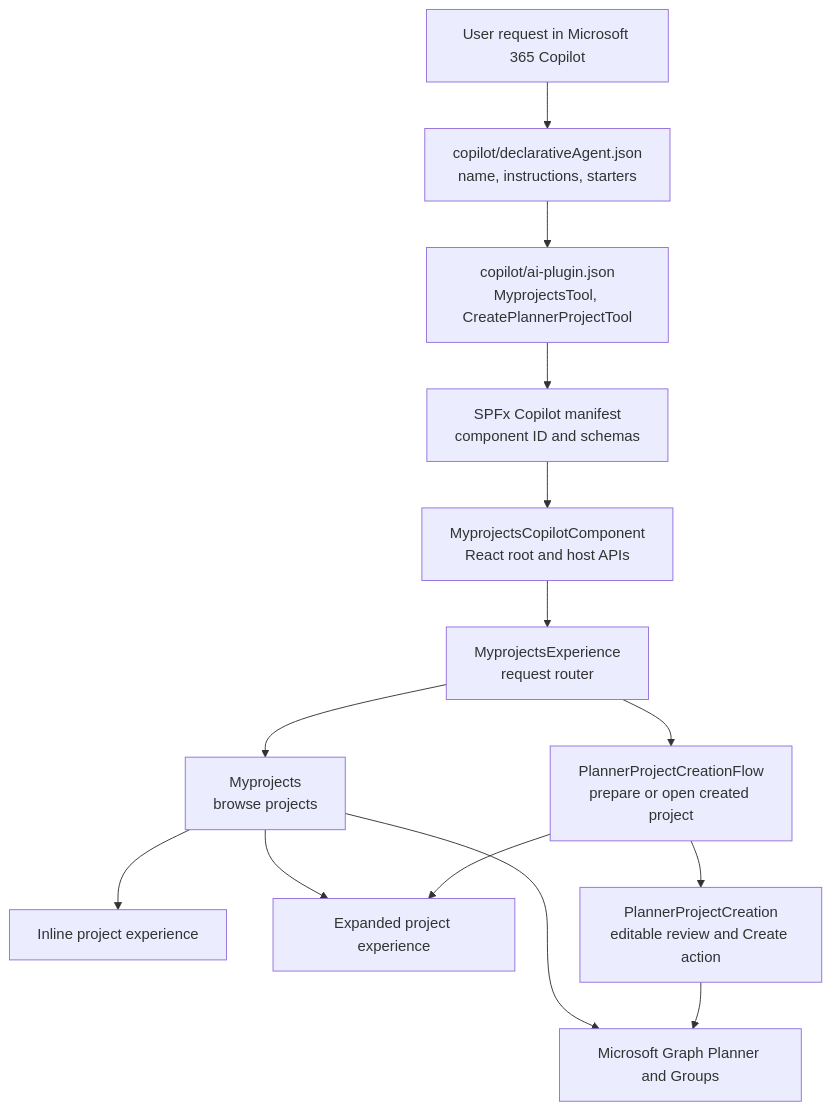
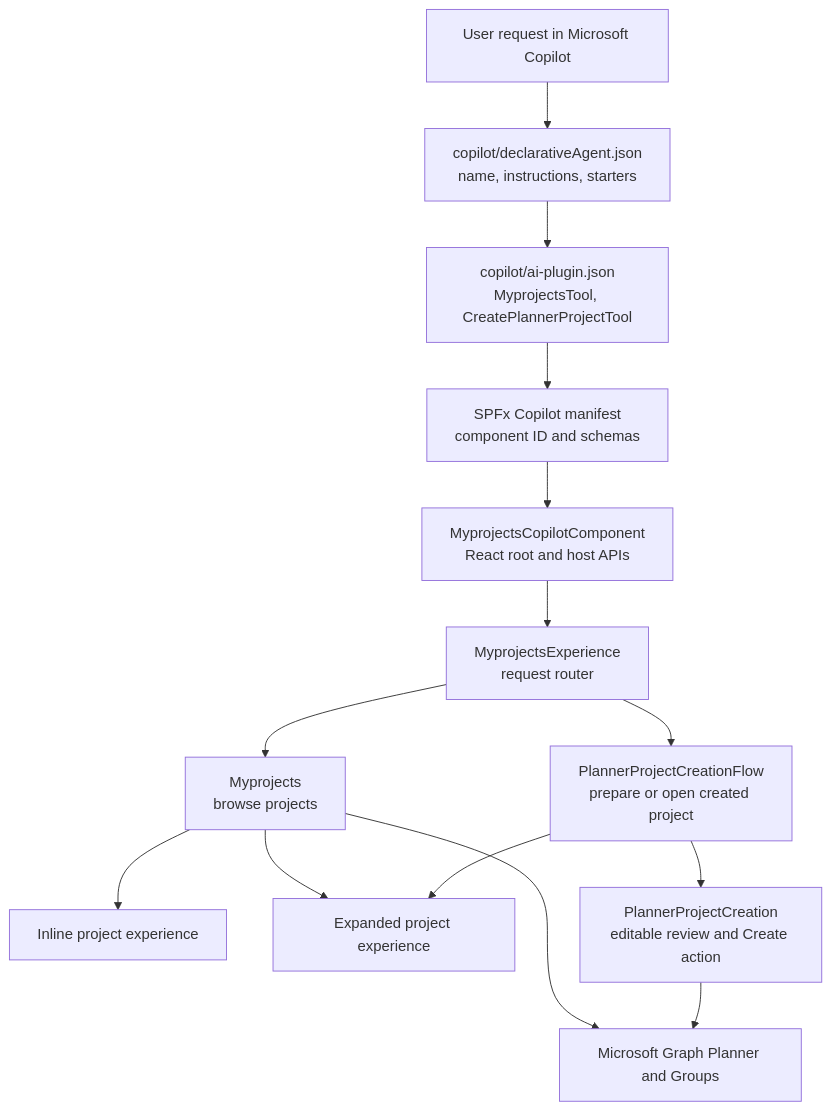
One commit to HarminderSethi/spfx-copilot-apps changed the first of 3 diagrams in samples/my-planner-projects/docs/architecture.md. Above: the diagram before and after it, drawn with Mermaid. The commit also changed 129 other files, not shown here.

````diff
--- a/samples/my-planner-projects/docs/architecture.md
+++ b/samples/my-planner-projects/docs/architecture.md
@@ -16,23 +16,23 @@
 ```mermaid
 flowchart TD
-    U[User request in Microsoft 365 Copilot]
+    U[User request in Microsoft Copilot]
     DA[copilot/declarativeAgent.json\nname, instructions, starters]
     AP[copilot/ai-plugin.json\nMyprojectsTool, CreatePlannerProjectTool]
     M[SPFx Copilot manifest\ncomponent ID and schemas]
     H[MyprojectsCopilotComponent\nReact root and host APIs]
     R[MyprojectsExperience\nrequest router]
     B[Myprojects\nbrowse projects]
     C[PlannerProjectCreationFlow\nprepare or open created project]
     G[Microsoft Graph Planner and Groups]
     I[Inline project experience]
     E[Expanded project experience]
     P[PlannerProjectCreation\neditable review and Create action]
 
     U --> DA --> AP --> M --> H --> R
     R --> B --> G
     B --> I
     B --> E
     R --> C --> P
     P --> G
     C --> E
 ```
````
